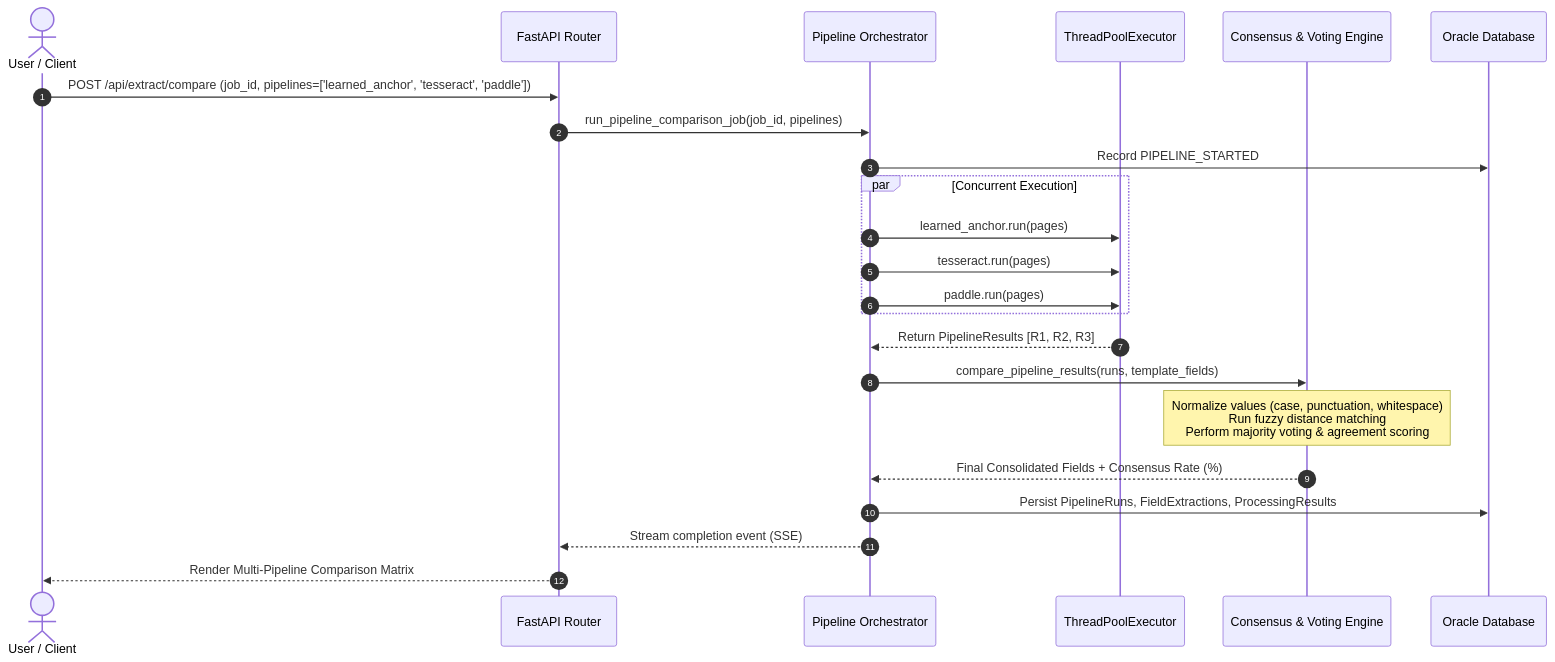
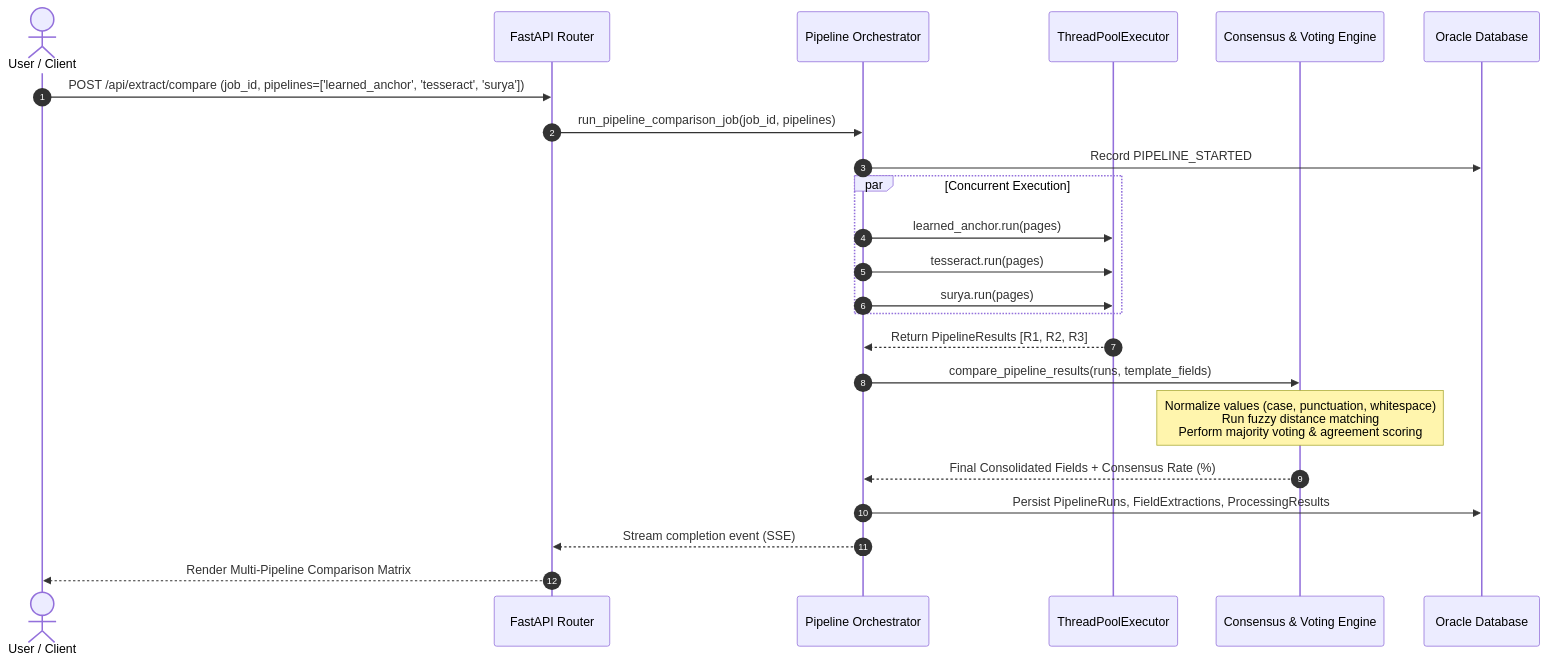
One commit to itssundaram/OCR changed the third of 5 diagrams in ARCHITECTURE_AND_WORKFLOW.md. Above: the diagram before and after it, drawn with Mermaid. The commit also changed other lines of this file and 23 other files, not shown here.

````diff
--- a/ARCHITECTURE_AND_WORKFLOW.md
+++ b/ARCHITECTURE_AND_WORKFLOW.md
@@ -180,26 +169,26 @@
 ```mermaid
 sequenceDiagram
     autonumber
     actor User as User / Client
     participant API as FastAPI Router
     participant Orch as Pipeline Orchestrator
     participant Pool as ThreadPoolExecutor
     participant Consensus as Consensus & Voting Engine
     participant DB as Oracle Database
 
-    User->>API: POST /api/extract/compare (job_id, pipelines=['learned_anchor', 'tesseract', 'paddle'])
+    User->>API: POST /api/extract/compare (job_id, pipelines=['learned_anchor', 'tesseract', 'surya'])
     API->>Orch: run_pipeline_comparison_job(job_id, pipelines)
     Orch->>DB: Record PIPELINE_STARTED
     par Concurrent Execution
         Orch->>Pool: learned_anchor.run(pages)
         Orch->>Pool: tesseract.run(pages)
-        Orch->>Pool: paddle.run(pages)
+        Orch->>Pool: surya.run(pages)
     end
     Pool-->>Orch: Return PipelineResults [R1, R2, R3]
     Orch->>Consensus: compare_pipeline_results(runs, template_fields)
     Note over Consensus: Normalize values (case, punctuation, whitespace)<br/>Run fuzzy distance matching<br/>Perform majority voting & agreement scoring
     Consensus-->>Orch: Final Consolidated Fields + Consensus Rate (%)
     Orch->>DB: Persist PipelineRuns, FieldExtractions, ProcessingResults
     Orch-->>API: Stream completion event (SSE)
     API-->>User: Render Multi-Pipeline Comparison Matrix
 ```
````
